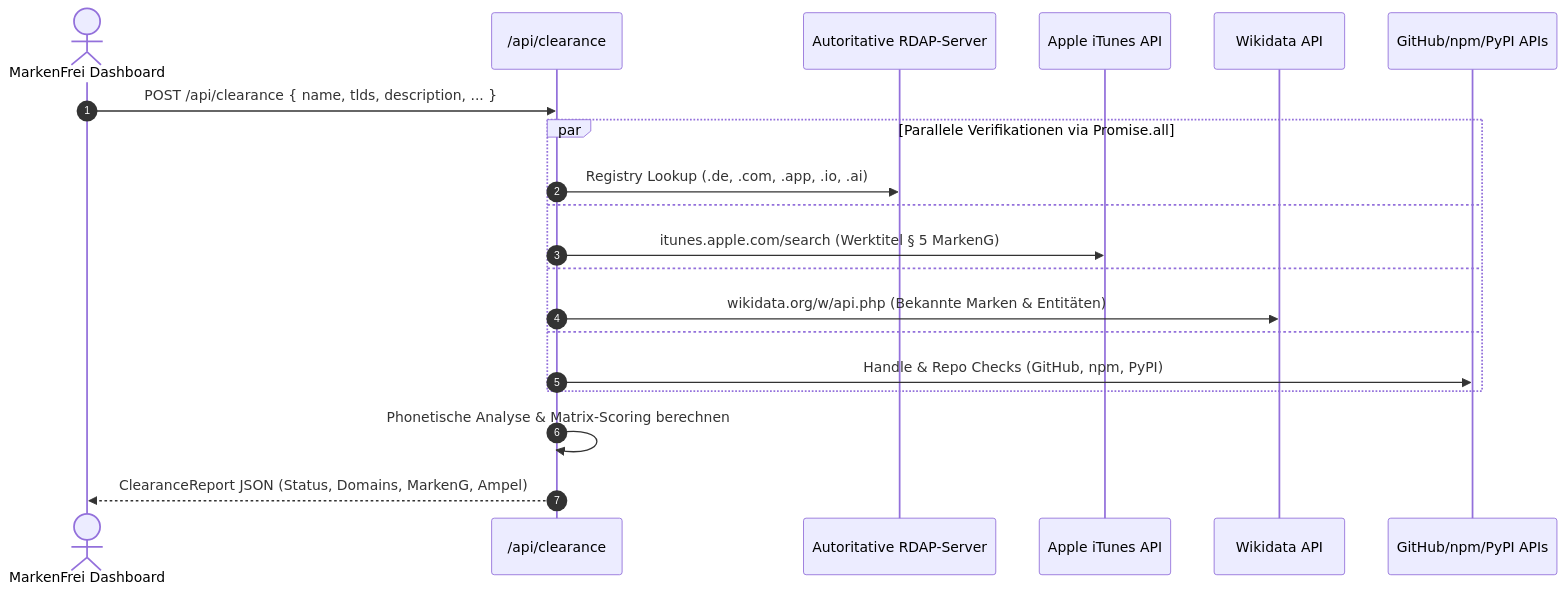
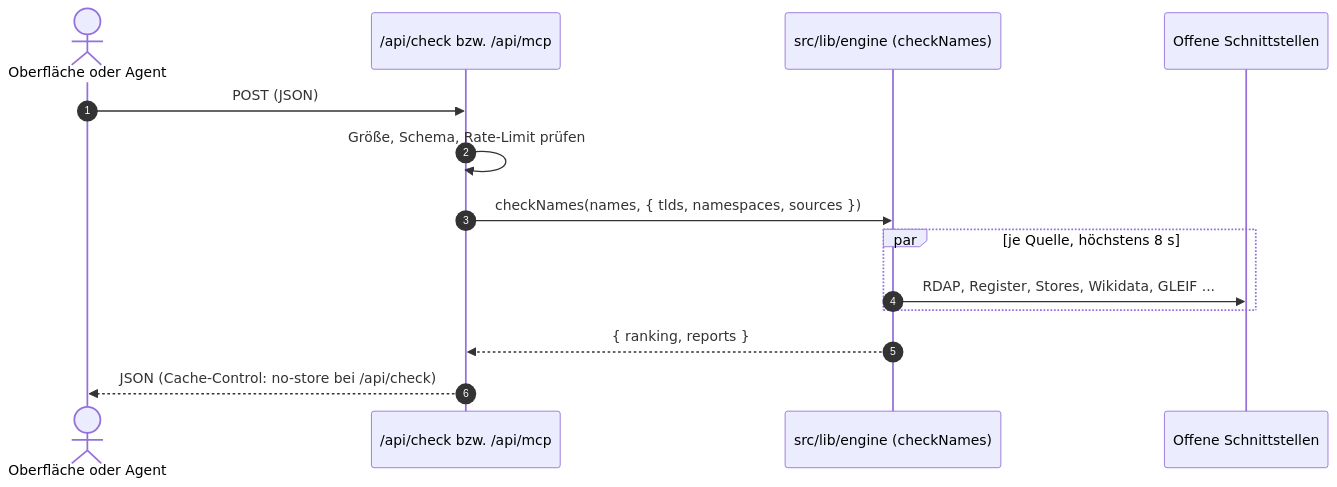
Before and after one commit to darkspike1988/markenfrei: the diagram in src/app/api/README.md, drawn with Mermaid. The commit also changed other lines of this file and 72 other files, not shown here.

````diff
--- a/src/app/api/README.md
+++ b/src/app/api/README.md
@@ -9,23 +13,17 @@
 ```mermaid
 sequenceDiagram
     autonumber
-    actor Client as MarkenFrei Dashboard
-    participant API as /api/clearance
-    participant RDAP as Autoritative RDAP-Server
-    participant AppStore as Apple iTunes API
-    participant Wiki as Wikidata API
-    participant Dev as GitHub/npm/PyPI APIs
+    actor Client as Oberfläche oder Agent
+    participant Route as /api/check bzw. /api/mcp
+    participant Engine as src/lib/engine (checkNames)
+    participant Quellen as Offene Schnittstellen
 
-    Client->>API: POST /api/clearance { name, tlds, description, ... }
-    par Parallele Verifikationen via Promise.all
-        API->>RDAP: Registry Lookup (.de, .com, .app, .io, .ai)
-    and
-        API->>AppStore: itunes.apple.com/search (Werktitel § 5 MarkenG)
-    and
-        API->>Wiki: wikidata.org/w/api.php (Bekannte Marken & Entitäten)
-    and
-        API->>Dev: Handle & Repo Checks (GitHub, npm, PyPI)
+    Client->>Route: POST (JSON)
+    Route->>Route: Größe, Schema, Rate-Limit prüfen
+    Route->>Engine: checkNames(names, { tlds, namespaces, sources })
+    par je Quelle, höchstens 8 s
+        Engine->>Quellen: RDAP, Register, Stores, Wikidata, GLEIF ...
     end
-    API->>API: Phonetische Analyse & Matrix-Scoring berechnen
-    API-->>Client: ClearanceReport JSON (Status, Domains, MarkenG, Ampel)
+    Engine-->>Route: { ranking, reports }
+    Route-->>Client: JSON (Cache-Control: no-store bei /api/check)
 ```
````
